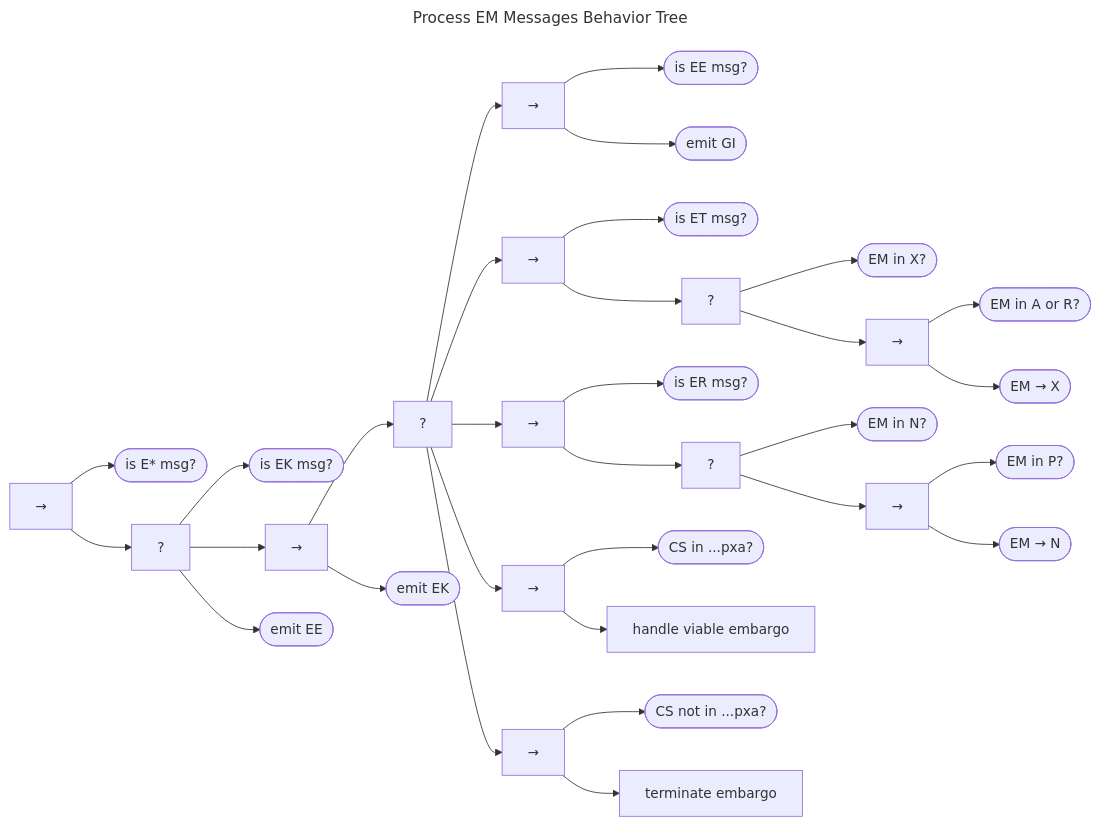
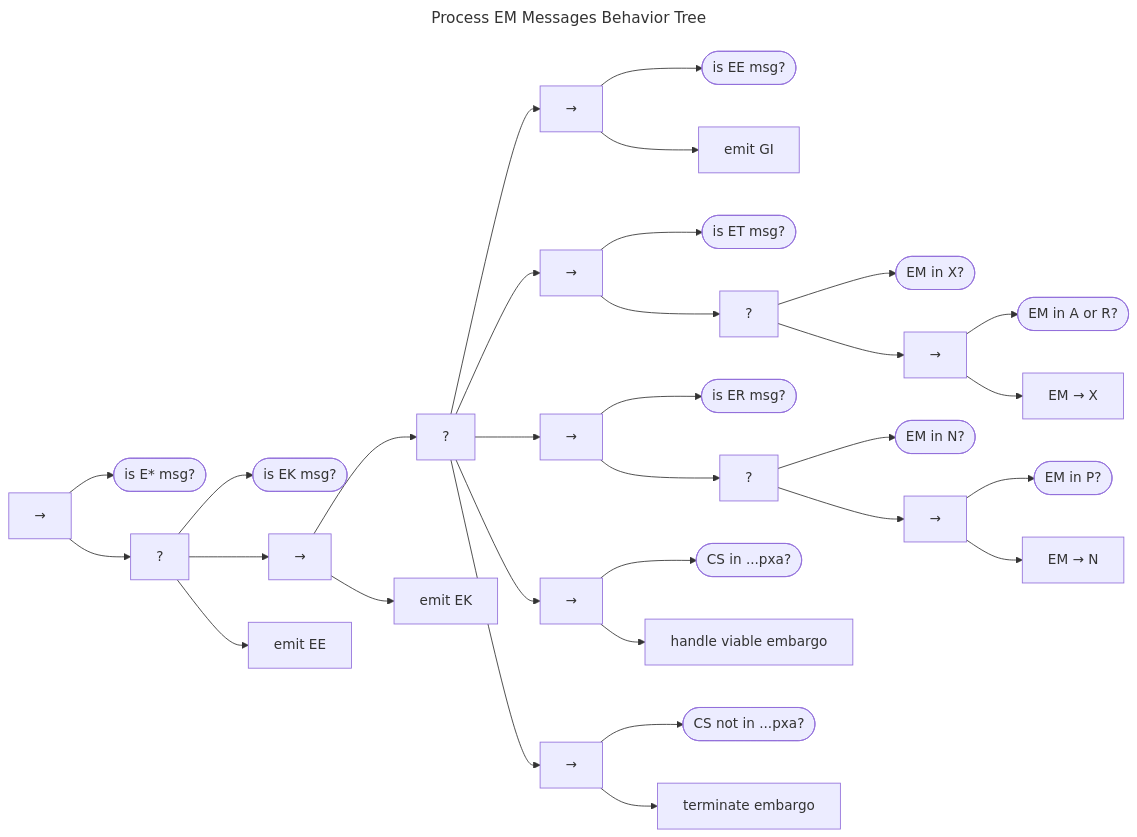
The first of 2 diagrams in docs/topics/behavior_logic/msg_em_bt.md (CERTCC/Vultron), drawn with Mermaid before and after one commit. The commit also changed other lines of this file and 2 other files, not shown here.

Commit message:
fix error in diagram node types

````diff
--- a/docs/topics/behavior_logic/msg_em_bt.md
+++ b/docs/topics/behavior_logic/msg_em_bt.md
@@ -5,67 +5,67 @@
 ```mermaid
 ---
 title: Process EM Messages Behavior Tree
 ---
 flowchart LR
     seq["&rarr;"]
     is_E_msg(["is E* msg?"])
     seq --> is_E_msg
     fb["?"]
     seq --> fb
     is_EK_msg(["is EK msg?"])
     fb --> is_EK_msg
     seq2["&rarr;"]
     fb --> seq2
     fb2["?"]
     seq2 --> fb2
     ee_seq["&rarr;"]
     fb2 --> ee_seq
     is_EE_msg(["is EE msg?"])
     ee_seq --> is_EE_msg
-    ee_emit_GI(["emit GI"])
+    ee_emit_GI["emit GI"]
     ee_seq --> ee_emit_GI
     et_seq["&rarr;"]
     fb2 --> et_seq
     is_ET_msg(["is ET msg?"])
     et_seq --> is_ET_msg
     et_fb["?"]
     et_seq --> et_fb
     em_x(["EM in X?"])
     et_fb --> em_x
     et_seq2["&rarr;"]
     et_fb --> et_seq2
     em_a_r(["EM in A or R?"])
     et_seq2 --> em_a_r
-    et_em_to_X(["EM &rarr; X"])
+    et_em_to_X["EM &rarr; X"]
     et_seq2 --> et_em_to_X
     er_seq["&rarr;"]
     fb2 --> er_seq
     is_ER_msg(["is ER msg?"])
     er_seq --> is_ER_msg
     er_fb["?"]
     er_seq --> er_fb
     em_none(["EM in N?"])
     er_fb --> em_none
     er_seq2["&rarr;"]
     er_fb --> er_seq2
     em_p(["EM in P?"])
     er_seq2 --> em_p
-    er_em_to_n(["EM &rarr; N"])
+    er_em_to_n["EM &rarr; N"]
     er_seq2 --> er_em_to_n
     viable_seq["&rarr;"]
     fb2 --> viable_seq
     cs_in_pxa(["CS in ...pxa?"])
     viable_seq --> cs_in_pxa
     handle_viab["handle viable embargo"]
     viable_seq --> handle_viab
     non_viable_seq["&rarr;"]
     fb2 --> non_viable_seq
     cs_not_in_pxa(["CS not in ...pxa?"])
     non_viable_seq --> cs_not_in_pxa
     terminate["terminate embargo"]
     non_viable_seq --> terminate
-    emit_ek(["emit EK"])
+    emit_ek["emit EK"]
     seq2 --> emit_ek
-    emit_ee(["emit EE"])
+    emit_ee["emit EE"]
     fb --> emit_ee
 ```
````
